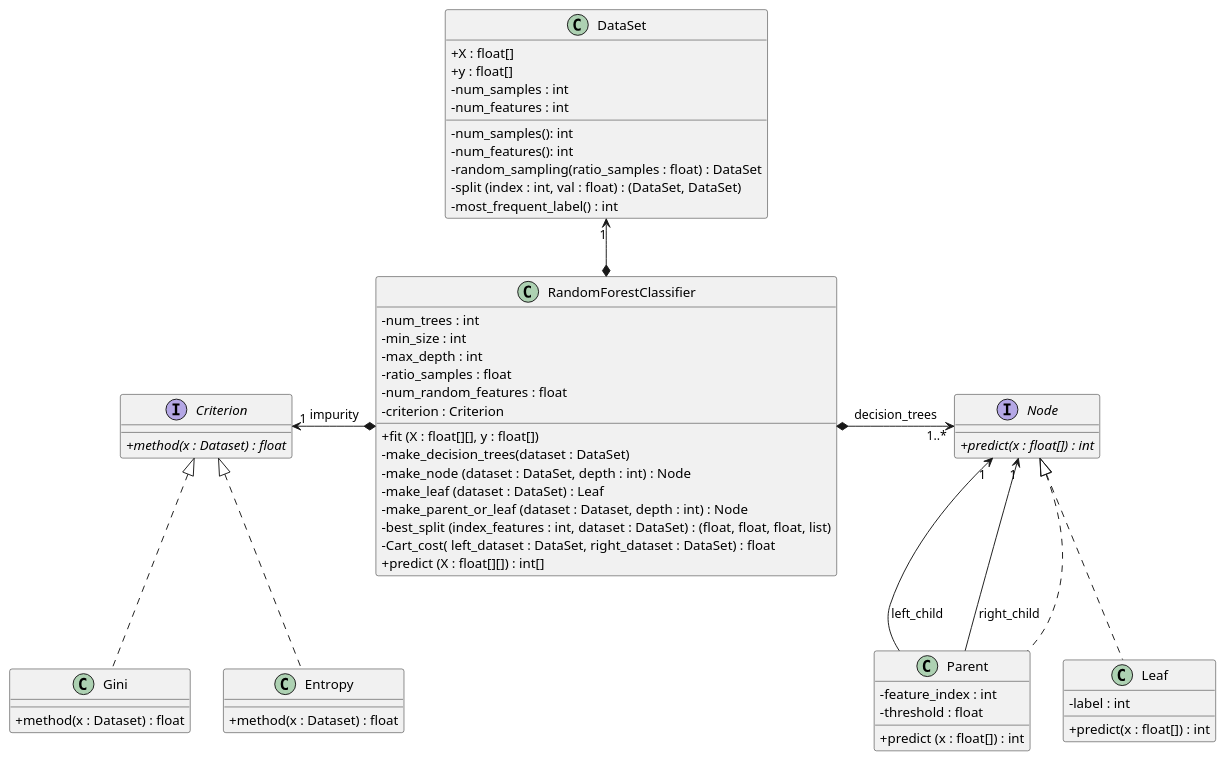
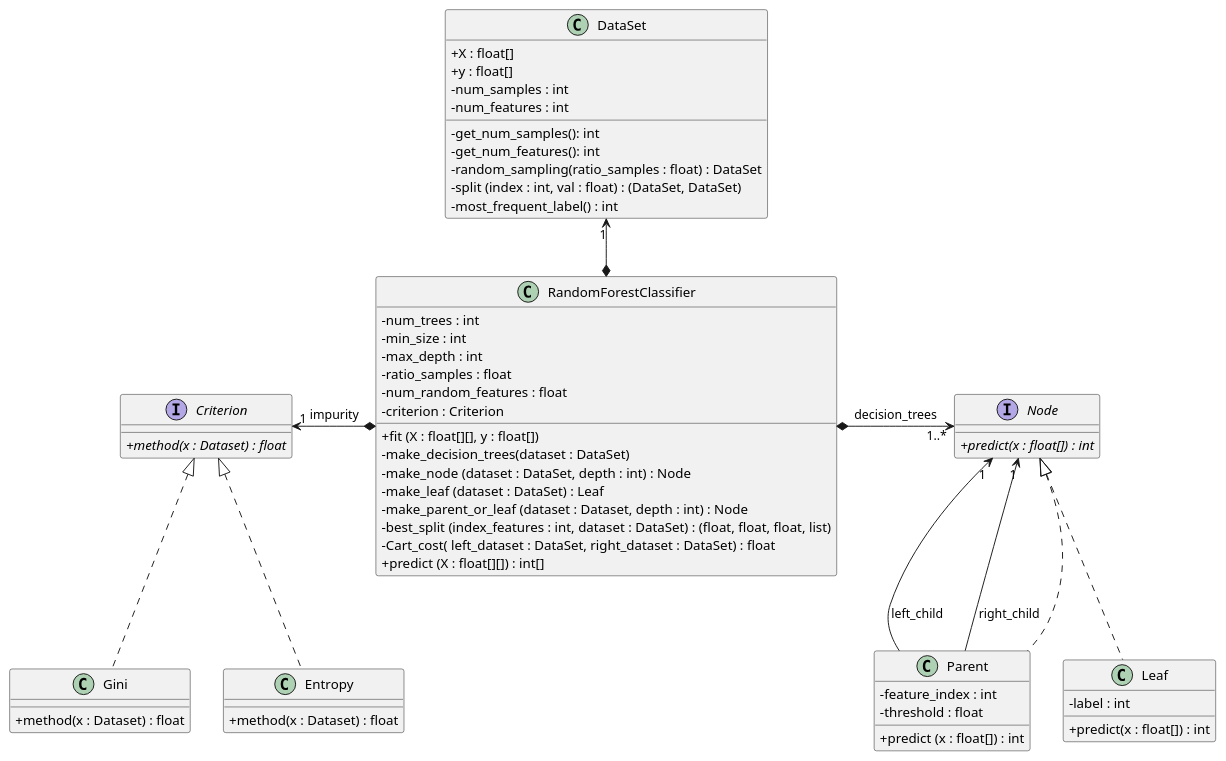
One commit to NIU1750517/POO_practica changed the diagram in Milestone1/diagrama1.puml. Above: the diagram before and after it, drawn with PlantUML. The commit also changed 3 other files, not shown here.

```diff
--- a/Milestone1/diagrama1.puml
+++ b/Milestone1/diagrama1.puml
@@ -1,73 +1,73 @@
 @startuml
 'https://plantuml.com/class-diagram
 
 ' - added class Criterion and derivatives that contains what's common of all
 '   criteria, before in RandomForestClassifier
 
 skinparam classAttributeIconSize 0
 skinparam noteFontSize 11
 'skinparam linetype ortho
 'skinparam linetype polyline
 
 class RandomForestClassifier {
 - num_trees : int
 - min_size : int
 - max_depth : int
 - ratio_samples : float
 - num_random_features : float
 - criterion : Criterion
 + fit (X : float[][], y : float[])
 - make_decision_trees(dataset : DataSet)
 - make_node (dataset : DataSet, depth : int) : Node
 - make_leaf (dataset : DataSet) : Leaf
 - make_parent_or_leaf (dataset : Dataset, depth : int) : Node
 - best_split (index_features : int, dataset : DataSet) : (float, float, float, list)
 - Cart_cost( left_dataset : DataSet, right_dataset : DataSet) : float
 + predict (X : float[][]) : int[]
 }
 class DataSet{
     + X : float[]
     + y : float[]
     - num_samples : int 
     - num_features : int
-    - num_samples(): int
-    - num_features(): int
+    - get_num_samples(): int
+    - get_num_features(): int
     - random_sampling(ratio_samples : float) : DataSet
     - split (index : int, val : float) : (DataSet, DataSet)
     - most_frequent_label() : int
 
 }
 interface Criterion {
    + {abstract} method(x : Dataset) : float
 }
 class Gini implements Criterion {
     + method(x : Dataset) : float
 }
 class Entropy implements Criterion {
     + method(x : Dataset) : float
 }
 interface Node {
 + {abstract} predict(x : float[]) : int
 }
 
 class Leaf implements Node {
 - label : int
 + predict(x : float[]) : int
 }
 
 class Parent implements Node {
 - feature_index : int
 - threshold : float
 + predict (x : float[]) : int
 }
 
 ' associacions
 RandomForestClassifier *-right-> "1..*" Node : decision_trees
 RandomForestClassifier *-left-> "1" Criterion : impurity
 RandomForestClassifier *-up-> "1"  DataSet 
 Parent -down-> "1" Node : left_child
 Parent -down-> "1" Node : right_child
 
 ' positionament
 'RandomForestClassifier -[hidden]-> Node
 @enduml
```
